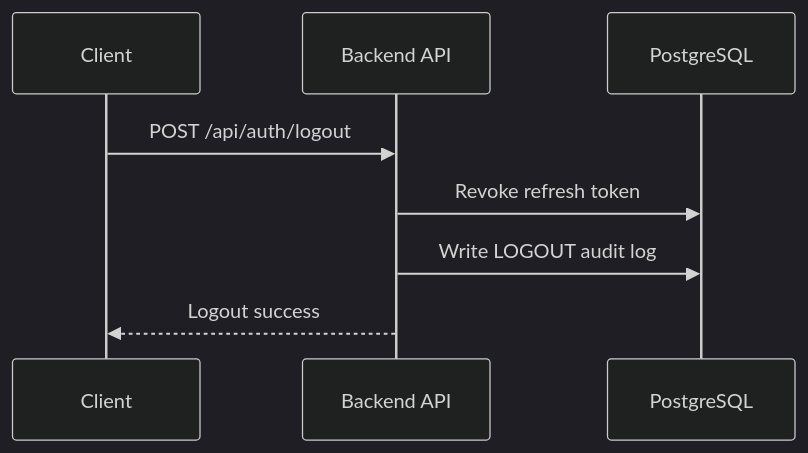
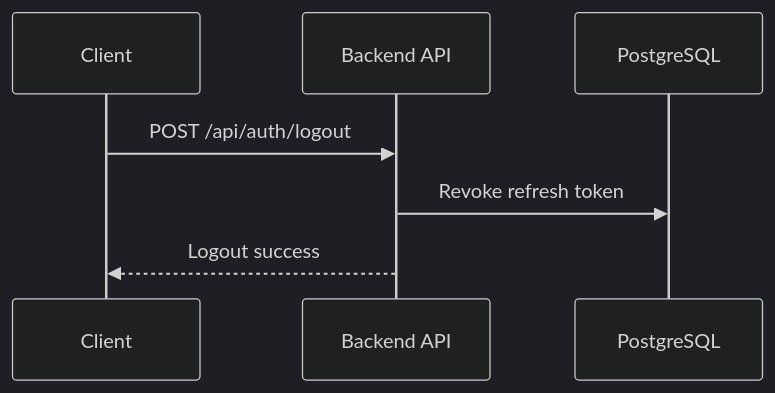
One commit to NguyenThanhTien539/unihub-workshop-system changed the fourth of 5 diagrams in blueprint/specs/auth.md. Above: the diagram before and after it, drawn with Mermaid (dark theme). The commit also changed other lines of this file and 8 other files, not shown here.

````diff
--- a/blueprint/specs/auth.md
+++ b/blueprint/specs/auth.md
@@ -164,11 +122,10 @@
 ```mermaid
 sequenceDiagram
     participant C as Client
     participant API as Backend API
     participant DB as PostgreSQL
 
     C->>API: POST /api/auth/logout
     API->>DB: Revoke refresh token
-    API->>DB: Write LOGOUT audit log
     API-->>C: Logout success
 ```
````
